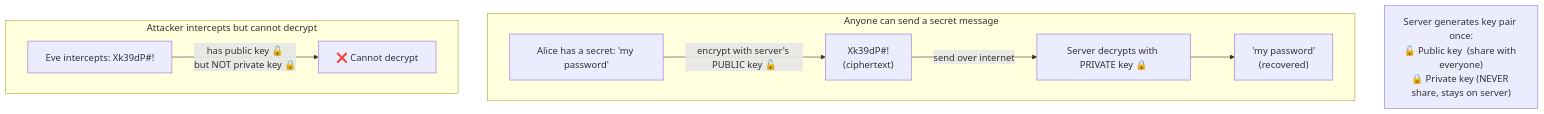
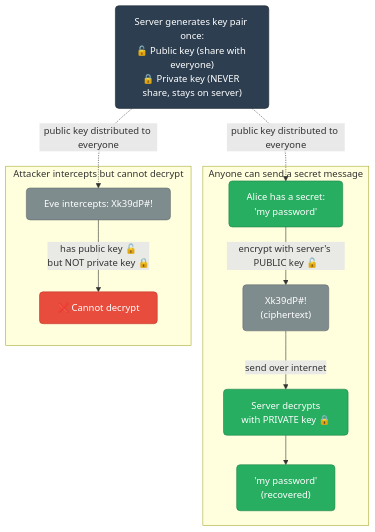
One commit to deepanshu-rawat6/DevOpsIndex changed the second of 13 diagrams in networking/tls-encryption.md. Above: the diagram before and after it, drawn with Mermaid. The commit also changed other lines of this file and 8 other files, not shown here.

````diff
--- a/networking/tls-encryption.md
+++ b/networking/tls-encryption.md
@@ -31,16 +41,24 @@
 ```mermaid
 graph TD
-    SERVER["Server generates key pair once:<br>🔓 Public key  (share with everyone)<br>🔒 Private key (NEVER share, stays on server)"]
+    classDef keypair fill:#2c3e50,stroke:#1a252f,color:#fff,rx:6
+    classDef good fill:#27ae60,stroke:#1e8449,color:#fff,rx:6
+    classDef cipher fill:#7f8c8d,stroke:#616a6b,color:#fff,rx:6
+    classDef bad fill:#e74c3c,stroke:#c0392b,color:#fff,rx:6
 
-    subgraph "Anyone can send a secret message"
-        ALICE["Alice has a secret: 'my password'"]
-        ALICE -->|"encrypt with server's PUBLIC key 🔓"| CIPHER["Xk39dP#!\n(ciphertext)"]
-        CIPHER -->|"send over internet"| SERVER2["Server decrypts with PRIVATE key 🔒"]
-        SERVER2 --> PLAIN2["'my password'\n(recovered)"]
+    SERVER["Server generates key pair once:<br/>🔓 Public key (share with everyone)<br/>🔒 Private key (NEVER share, stays on server)"]:::keypair
+
+    subgraph OK["Anyone can send a secret message"]
+        ALICE["Alice has a secret:<br/>'my password'"]:::good
+        ALICE -->|"encrypt with server's PUBLIC key 🔓"| CIPHER["Xk39dP#!<br/>(ciphertext)"]:::cipher
+        CIPHER -->|"send over internet"| SERVER2["Server decrypts<br/>with PRIVATE key 🔒"]:::good
+        SERVER2 --> PLAIN2["'my password'<br/>(recovered)"]:::good
     end
 
-    subgraph "Attacker intercepts but cannot decrypt"
-        ATTACKER["Eve intercepts: Xk39dP#!"]
-        ATTACKER -->|"has public key 🔓\nbut NOT private key 🔒"| FAIL["❌ Cannot decrypt"]
+    subgraph BAD["Attacker intercepts but cannot decrypt"]
+        ATTACKER["Eve intercepts: Xk39dP#!"]:::cipher
+        ATTACKER -->|"has public key 🔓<br/>but NOT private key 🔒"| FAIL["❌ Cannot decrypt"]:::bad
     end
+
+    SERVER -.->|"public key distributed to everyone"| ALICE
+    SERVER -.->|"public key distributed to everyone"| ATTACKER
 ```
````
